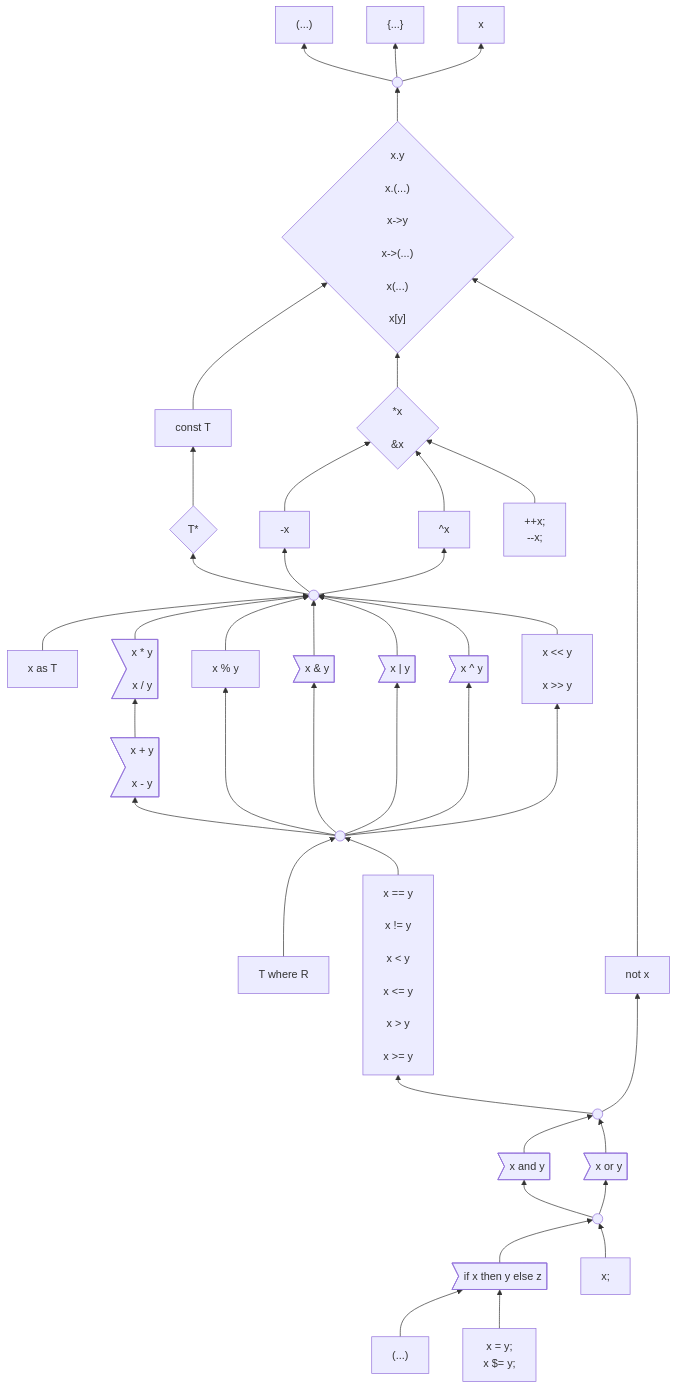
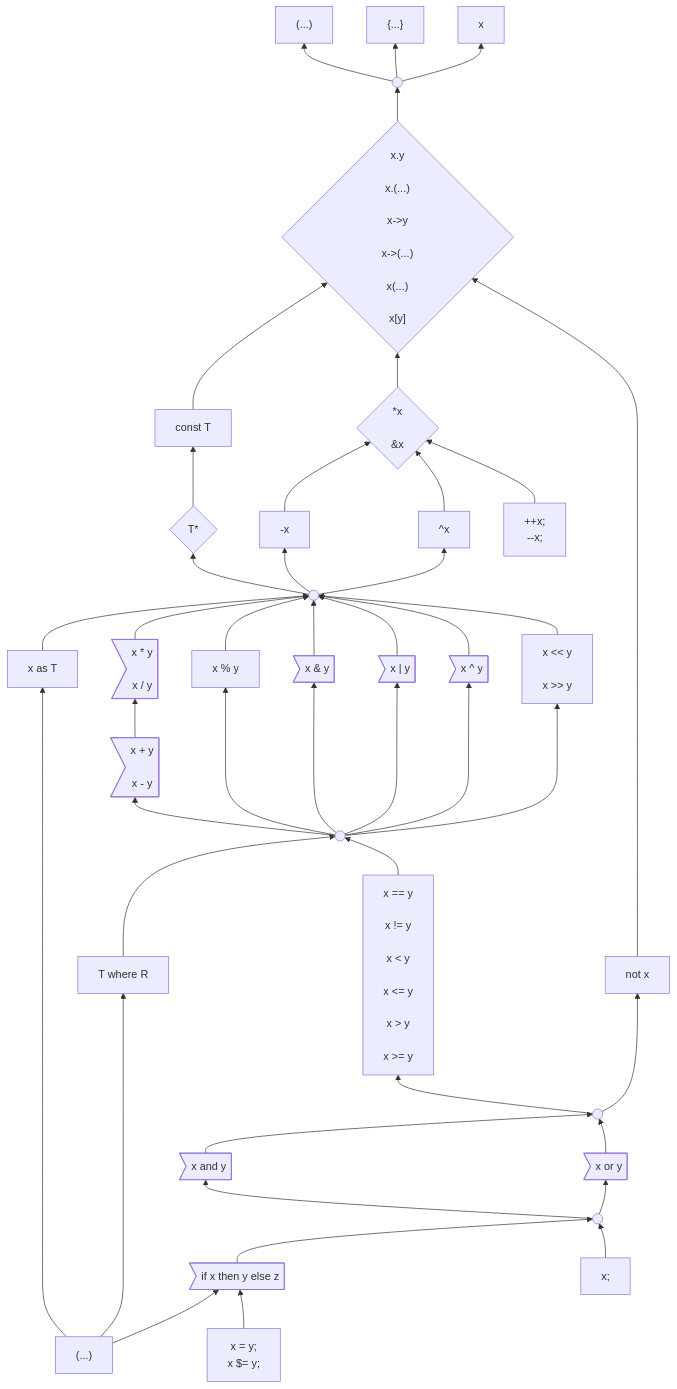
One commit to carbon-language/carbon-lang changed the first of 3 diagrams in docs/design/expressions/README.md. Above: the diagram before and after it, drawn with Mermaid.

Commit message:
Checkpoint progress.

````diff
--- a/docs/design/expressions/README.md
+++ b/docs/design/expressions/README.md
@@ -179,7 +179,7 @@
     logicalExpression --> and & or
     if & expressionStatement --> logicalExpression
     insideParens & assignment --> if
-    %% insideParens --> where
+    insideParens --> as & where
     %% Try and improve layout
     %% comparison ~~~ not
 ```
````
